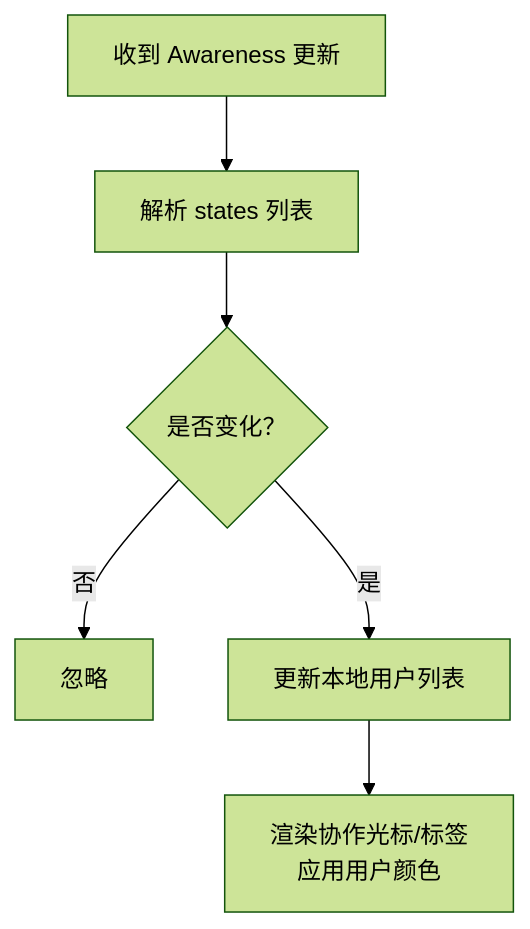
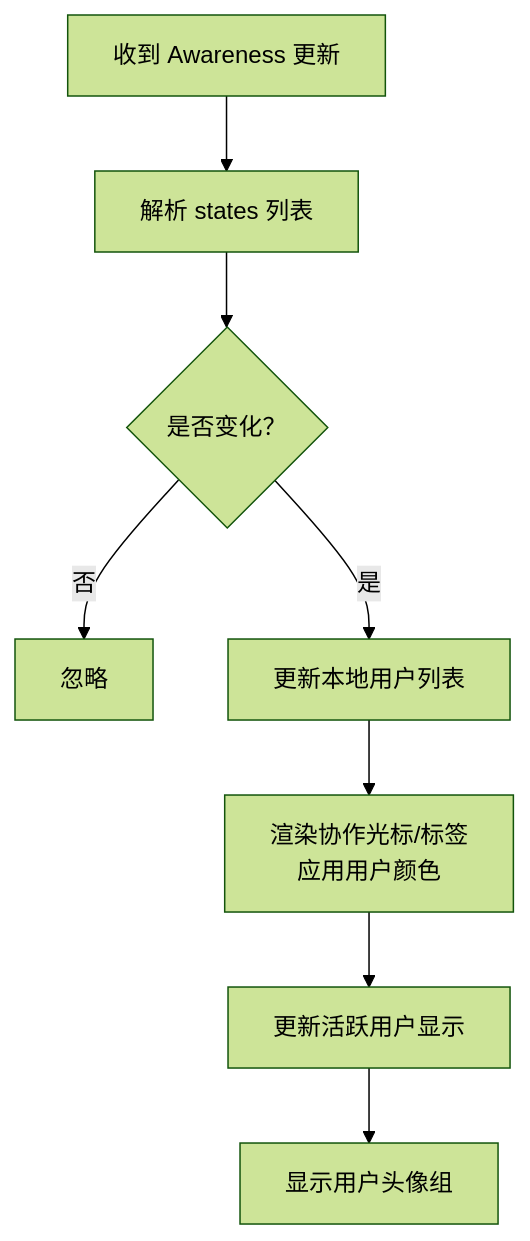
One commit to LRF0422/Kotion changed the seventh of 11 diagrams in .qoder/repowiki/zh/content/核心模块/编辑器核心内核/实时协作功能.md. Above: the diagram before and after it, drawn with Mermaid (forest theme). The commit also changed other lines of this file and 75 other files, not shown here.

````diff
--- a/.qoder/repowiki/zh/content/核心模块/编辑器核心内核/实时协作功能.md
+++ b/.qoder/repowiki/zh/content/核心模块/编辑器核心内核/实时协作功能.md
@@ -202,8 +325,10 @@
 ```mermaid
 flowchart TD
 A["收到 Awareness 更新"] --> B["解析 states 列表"]
 B --> C{"是否变化？"}
 C --> |否| D["忽略"]
 C --> |是| E["更新本地用户列表"]
 E --> F["渲染协作光标/标签<br/>应用用户颜色"]
+F --> G["更新活跃用户显示"]
+G --> H["显示用户头像组"]
 ```
````
